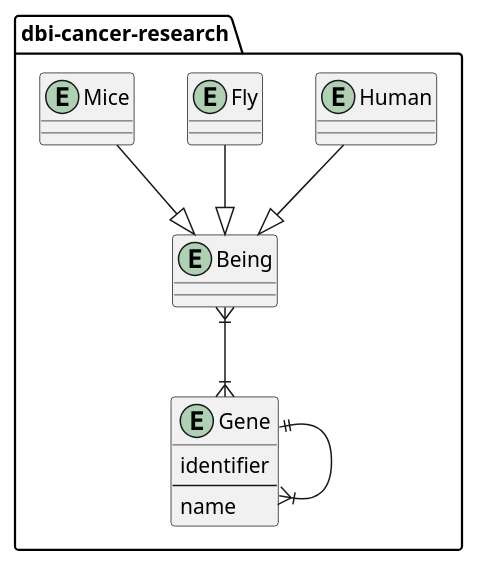
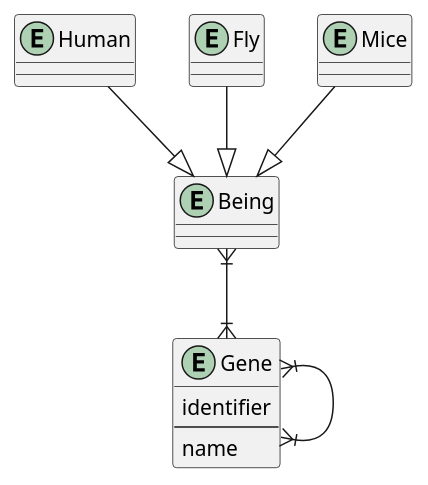
One commit to aichingert/dbi-cancer-research changed the diagram in asciidocs/plantuml/cancer.puml. Above: the diagram before and after it, drawn with PlantUML.

Commit message:
docs: fix relation between genes

```diff
--- a/asciidocs/plantuml/cancer.puml
+++ b/asciidocs/plantuml/cancer.puml
@@ -1,27 +1,27 @@
 @startuml
-package "dbi-cancer-research" {
-  Entity Gene {
-  identifier
-  --
-   name
-  }
-  Entity Being {
-  }
-  Entity Human {
-  
-  }
-  Entity Fly {
-  
-  }
-  Entity Mice {
-  
-  }
+Entity Gene {
+identifier
+--
+name
+}
+
+Entity Being {
+}
+
+Entity Human {
+
+}
+Entity Fly {
+
+}
+Entity Mice {
+
+}
 
 
-  Mice --|> Being
-  Fly --|> Being
-  Human --|> Being
-  Being }|--|{ Gene
-  Gene ||--|{ Gene
-}
+Mice --|> Being
+Fly --|> Being
+Human --|> Being
+Being }|--|{ Gene
+Gene }|--|{ Gene
 @enduml
```
